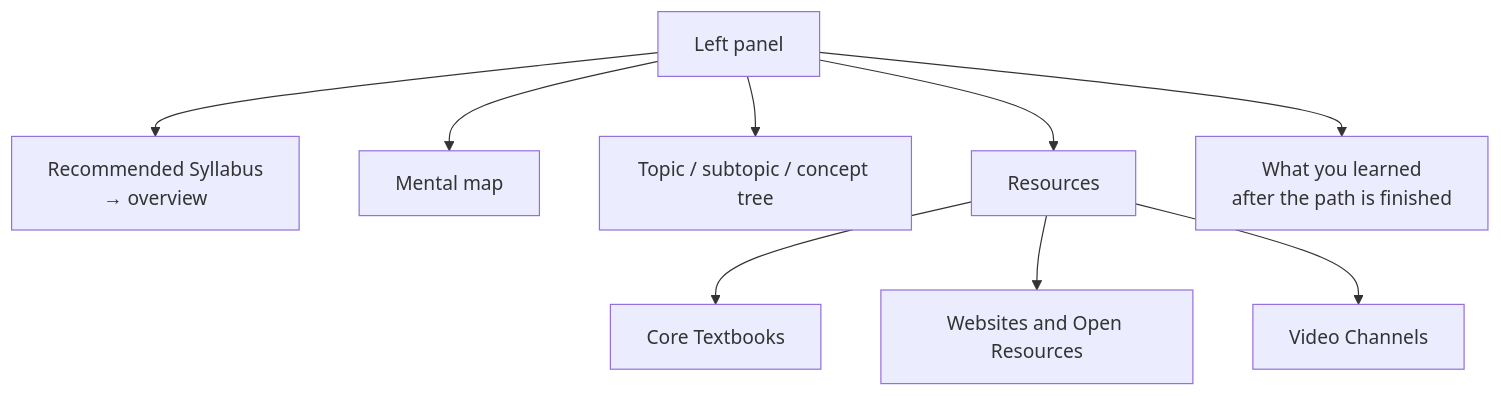
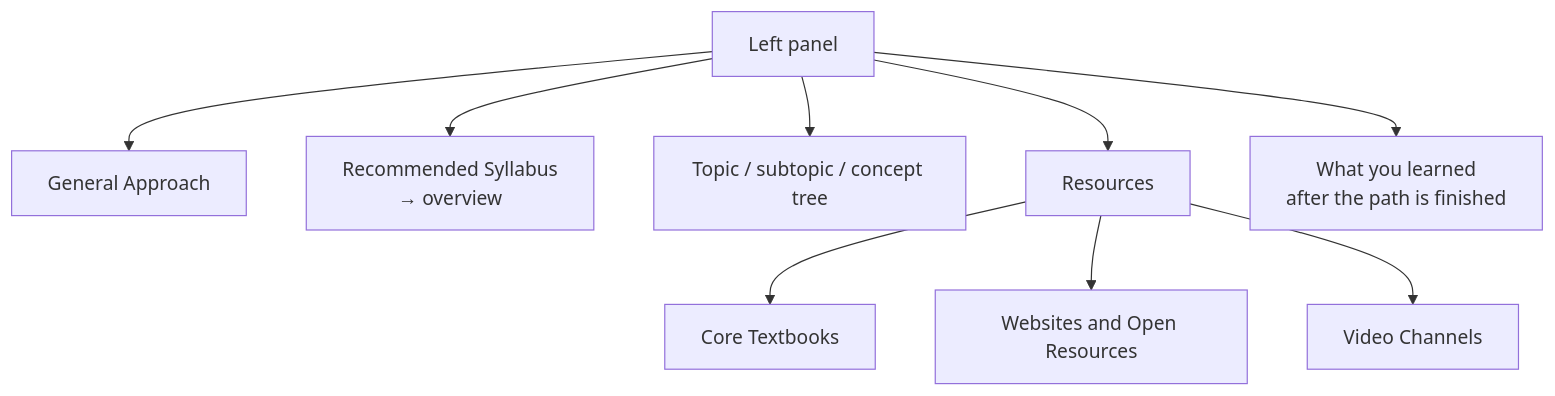
The second of 2 diagrams in docs/curated-courses.md (coursetexts/notion-site), drawn with Mermaid before and after one commit. The commit also changed other lines of this file and 34 other files, not shown here.

First line of the commit message:
Call path threads Discussions, put General Approach first, and title the catalog All Academic Courses.

````diff
--- a/docs/curated-courses.md
+++ b/docs/curated-courses.md
@@ -79,21 +79,21 @@
 ```mermaid
 flowchart TB
   Nav["Left panel"]
+  MM["General Approach"]
   Rec["Recommended Syllabus<br/>→ overview"]
-  MM["Mental map"]
   Tree["Topic / subtopic / concept tree"]
   Res["Resources"]
   TB["Core Textbooks"]
   Web["Websites and Open Resources"]
   YT["Video Channels"]
   Learned["What you learned<br/>after the path is finished"]
 
+  Nav --> MM
   Nav --> Rec
-  Nav --> MM
   Nav --> Tree
   Nav --> Res
   Res --> TB
   Res --> Web
   Res --> YT
   Nav --> Learned
 ```
````
